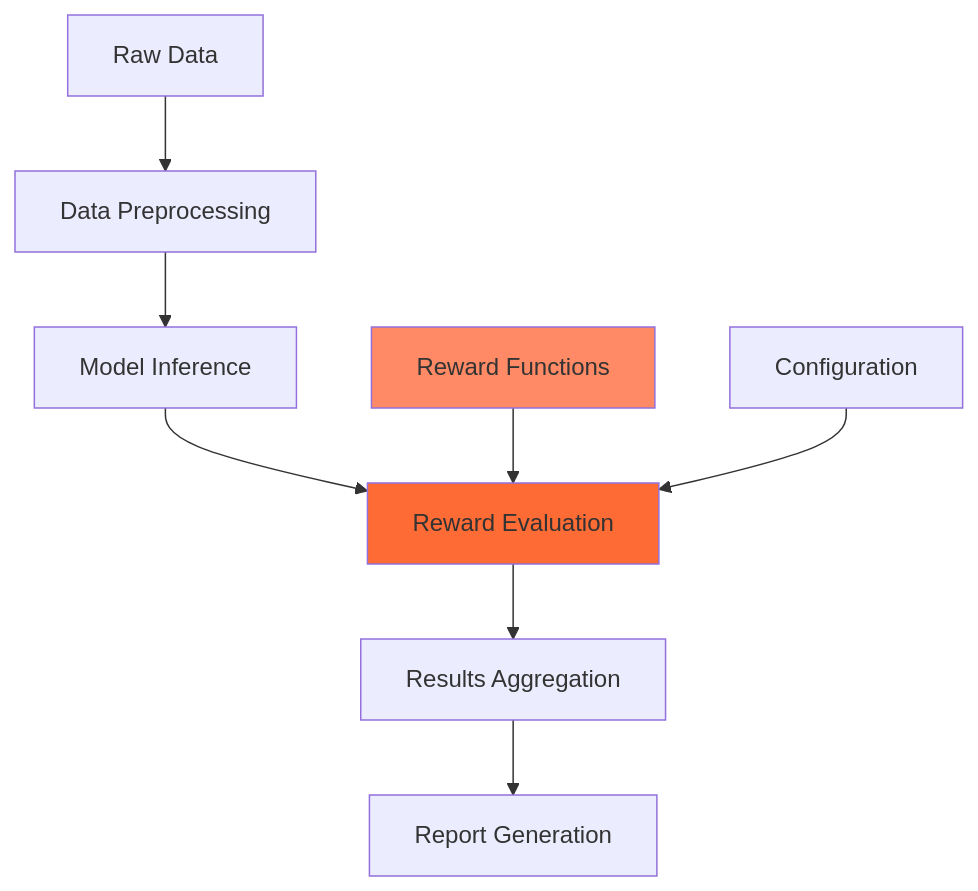
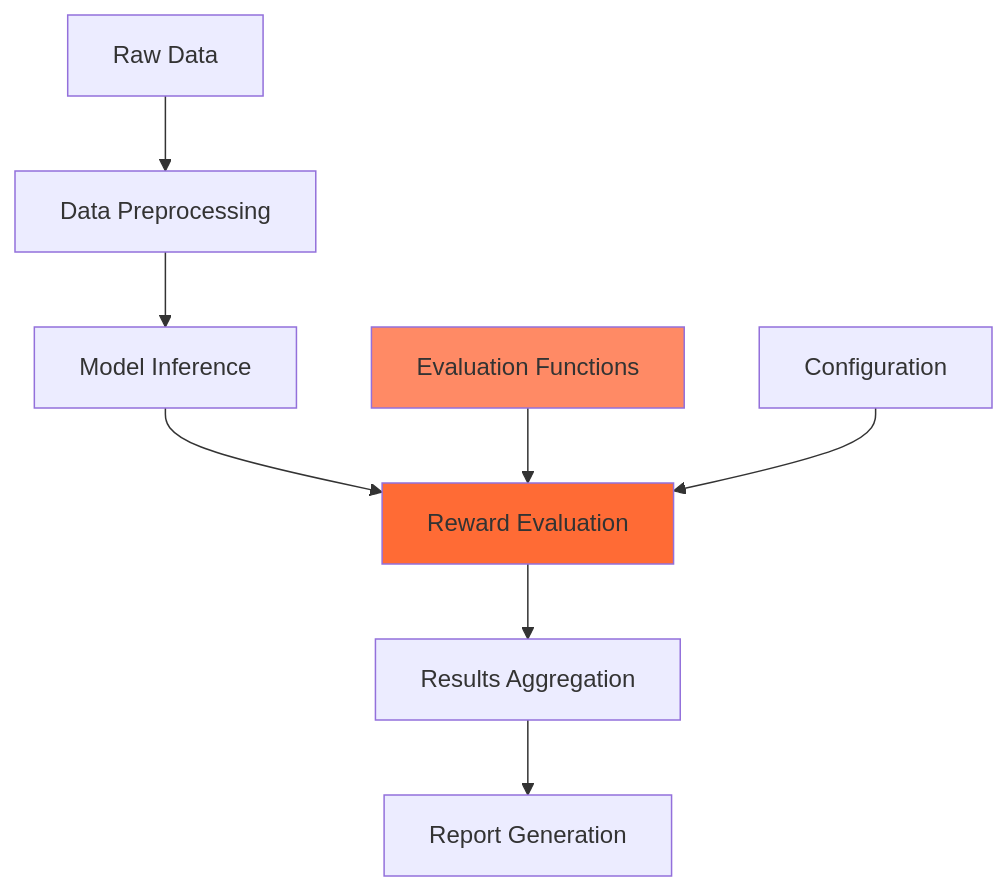
Before and after one commit to eval-protocol/eval-protocol: the third of 3 diagrams in integrations/overview.mdx, drawn with Mermaid. The commit also changed other lines of this file and 28 other files, not shown here.

````diff
--- a/integrations/overview.mdx
+++ b/integrations/overview.mdx
@@ -224,14 +224,14 @@
 ```mermaid
 graph TB
     A[Raw Data] --> B[Data Preprocessing]
     B --> C[Model Inference]
     C --> D[Reward Evaluation]
     D --> E[Results Aggregation]
     E --> F[Report Generation]
     
-    G[Reward Functions] --> D
+    G[Evaluation Functions] --> D
     H[Configuration] --> D
     
     style D fill:#ff6b35
     style G fill:#ff8a65
 ```
````
